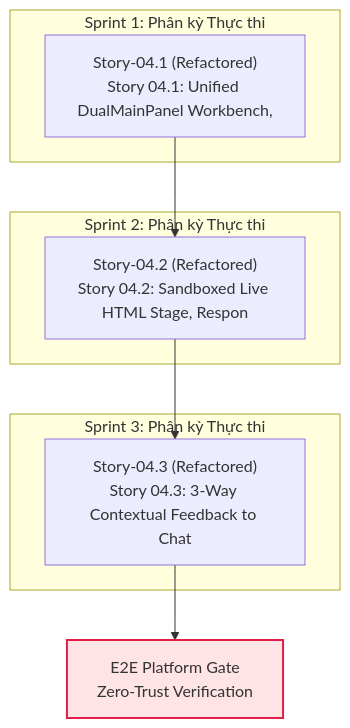
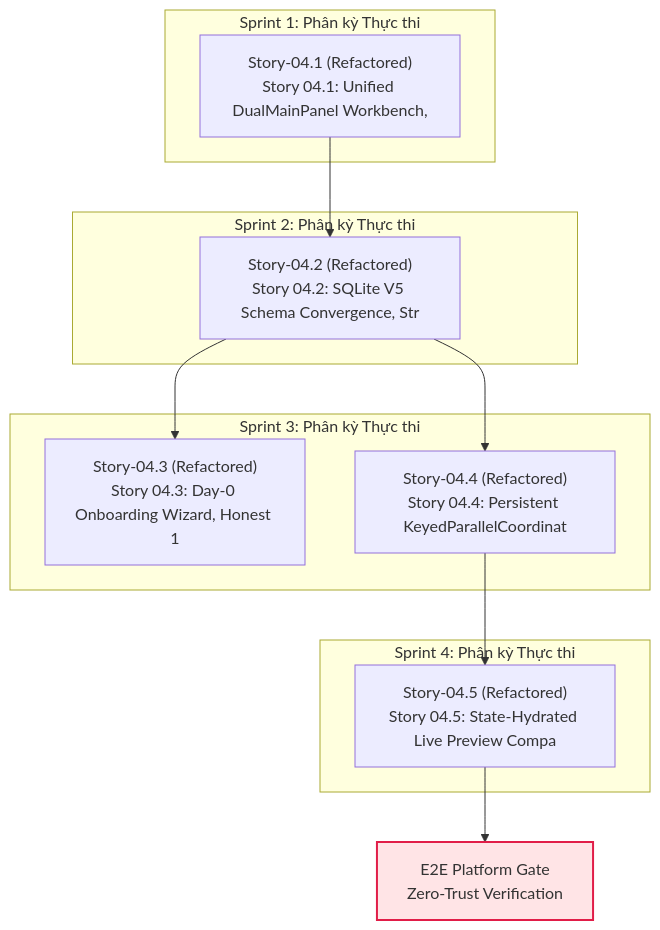
Before and after one commit to Nam123321/cowok-design: the diagram in _iwish-output/3. Development/1. Epic & Story/VS-02. Flow-First Executable Design Workbench & SDI Engine/Epic-04/epic.md, drawn with Mermaid. The commit also changed other lines of this file and 186 other files, not shown here.

````diff
--- a/_iwish-output/3. Development/1. Epic & Story/VS-02. Flow-First Executable Design Workbench & SDI Engine/Epic-04/epic.md
+++ b/_iwish-output/3. Development/1. Epic & Story/VS-02. Flow-First Executable Design Workbench & SDI Engine/Epic-04/epic.md
@@ -115,25 +116,32 @@
 ```mermaid
 flowchart TD
     subgraph S1["Sprint 1: Phân kỳ Thực thi"]
         Story_04_1["Story-04.1 (Refactored)<br>Story 04.1: Unified DualMainPanel Workbench, "]
     end
 
     subgraph S2["Sprint 2: Phân kỳ Thực thi"]
-        Story_04_2["Story-04.2 (Refactored)<br>Story 04.2: Sandboxed Live HTML Stage, Respon"]
+        Story_04_2["Story-04.2 (Refactored)<br>Story 04.2: SQLite V5 Schema Convergence, Str"]
     end
 
     subgraph S3["Sprint 3: Phân kỳ Thực thi"]
-        Story_04_3["Story-04.3 (Refactored)<br>Story 04.3: 3-Way Contextual Feedback to Chat"]
+        Story_04_3["Story-04.3 (Refactored)<br>Story 04.3: Day-0 Onboarding Wizard, Honest 1"]
+        Story_04_4["Story-04.4 (Refactored)<br>Story 04.4: Persistent KeyedParallelCoordinat"]
+    end
+
+    subgraph S4["Sprint 4: Phân kỳ Thực thi"]
+        Story_04_5["Story-04.5 (Refactored)<br>Story 04.5: State-Hydrated Live Preview Compa"]
     end
 
     E2E_GATE["E2E Platform Gate<br>Zero-Trust Verification"]
     Story_04_1 --> Story_04_2
     Story_04_2 --> Story_04_3
-    Story_04_3 --> E2E_GATE
+    Story_04_2 --> Story_04_4
+    Story_04_4 --> Story_04_5
+    Story_04_5 --> E2E_GATE
 
     classDef completed fill:#dcfce7,stroke:#16a34a,stroke-width:2px;
     classDef refactored fill:#fef3c7,stroke:#d97706,stroke-width:2px;
     classDef backlog fill:#f1f5f9,stroke:#64748b,stroke-width:2px;
     classDef gate fill:#ffe4e6,stroke:#e11d48,stroke-width:2px;
     class E2E_GATE gate;
 ```
````
